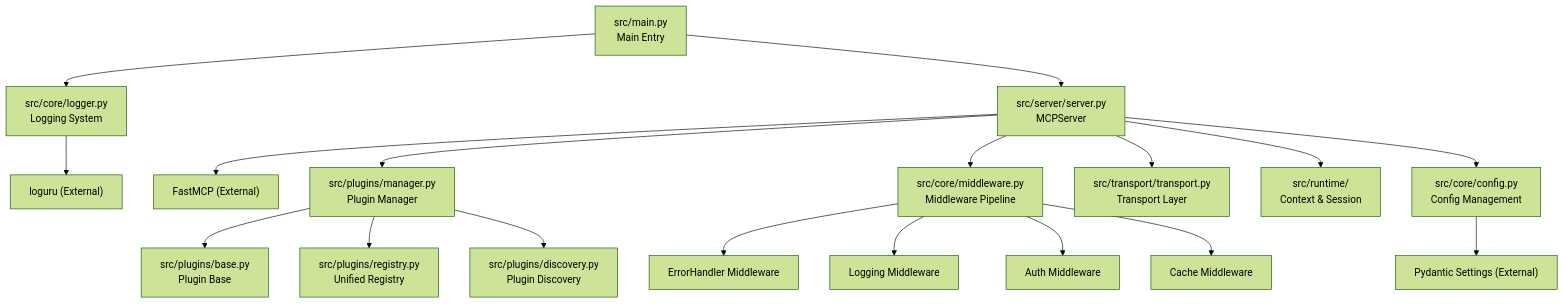
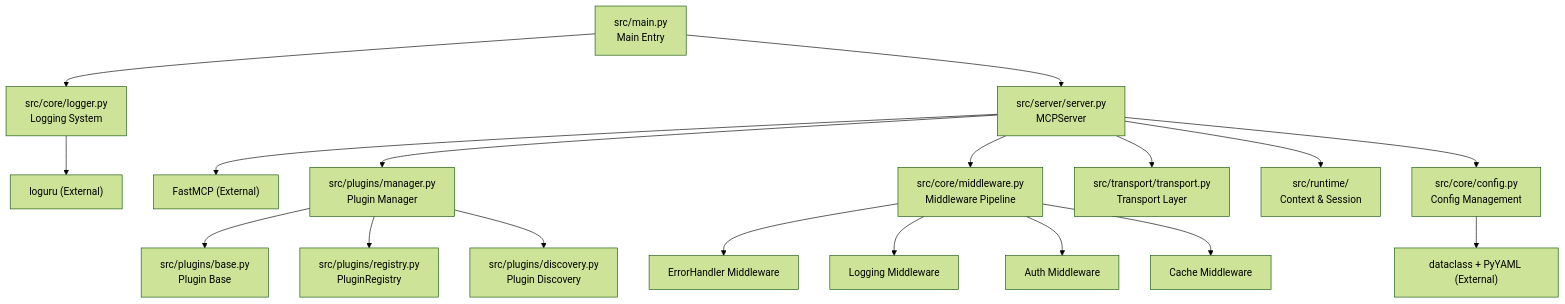
Before and after one commit to chain-engine/x-QiuChi: the fourth of 4 diagrams in README.en.md, drawn with Mermaid (forest theme). The commit also changed other lines of this file and 23 other files, not shown here.

````diff
--- a/README.en.md
+++ b/README.en.md
@@ -427,24 +424,24 @@
 ```mermaid
 flowchart TD
     A["src/main.py<br/>Main Entry"] --> B["src/server/server.py<br/>MCPServer"]
     A --> K["src/core/logger.py<br/>Logging System"]
     K --> K1["loguru (External)"]
 
     B --> C1["FastMCP (External)"]
     B --> D["src/plugins/manager.py<br/>Plugin Manager"]
     B --> E["src/core/middleware.py<br/>Middleware Pipeline"]
     B --> F["src/transport/transport.py<br/>Transport Layer"]
 
     D --> D1["src/plugins/base.py<br/>Plugin Base"]
-    D --> D2["src/plugins/registry.py<br/>Unified Registry"]
+    D --> D2["src/plugins/registry.py<br/>PluginRegistry"]
     D --> D3["src/plugins/discovery.py<br/>Plugin Discovery"]
 
     E --> E1["ErrorHandler Middleware"]
     E --> E2["Logging Middleware"]
     E --> E3["Auth Middleware"]
     E --> E4["Cache Middleware"]
 
     B --> G["src/runtime/<br/>Context & Session"]
     B --> H["src/core/config.py<br/>Config Management"]
-    H --> H1["Pydantic Settings (External)"]
+    H --> H1["dataclass + PyYAML (External)"]
 ```
````
